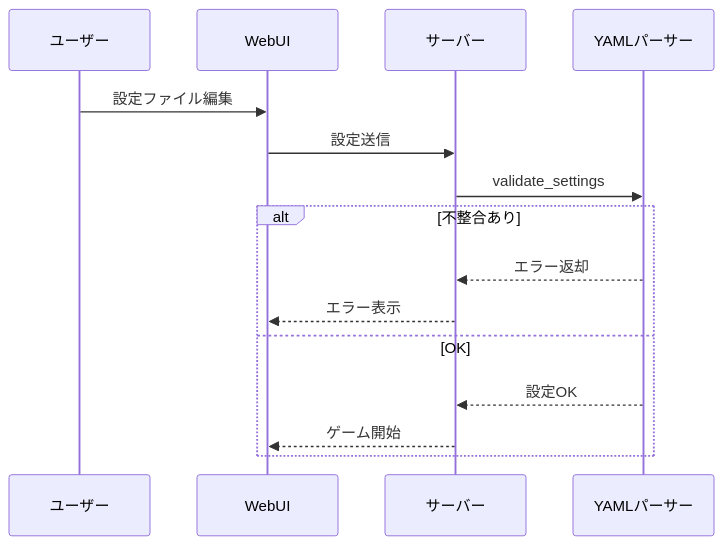
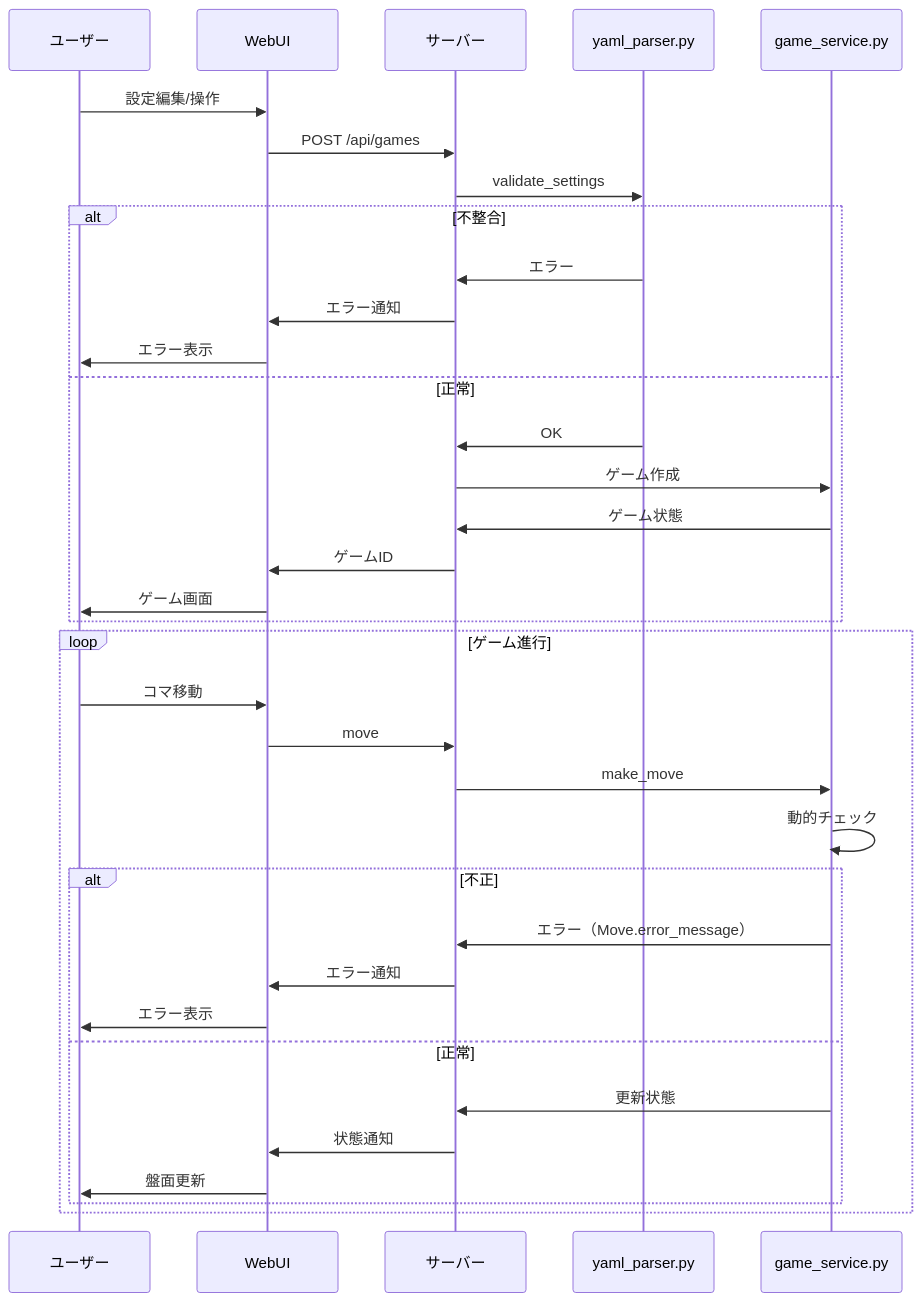
One commit to ikokeba/FelxiBoard changed the second of 3 diagrams in specifications/03_algorithm.md. Above: the diagram before and after it, drawn with Mermaid. The commit also changed other lines of this file and 4 other files, not shown here.

````diff
--- a/specifications/03_algorithm.md
+++ b/specifications/03_algorithm.md
@@ -11,17 +152,38 @@
 ```mermaid
 sequenceDiagram
-    participant U as ユーザー
-    participant W as WebUI
-    participant S as サーバー
-    participant P as YAMLパーサー
-    U->>W: 設定ファイル編集
-    W->>S: 設定送信
-    S->>P: validate_settings
-    alt 不整合あり
-        P-->>S: エラー返却
-        S-->>W: エラー表示
-    else OK
-        P-->>S: 設定OK
-        S-->>W: ゲーム開始
+  participant U as ユーザー
+  participant W as WebUI
+  participant S as サーバー
+  participant P as yaml_parser.py
+  participant G as game_service.py
+
+  U->>W: 設定編集/操作
+  W->>S: POST /api/games
+  S->>P: validate_settings
+  alt 不整合
+    P->>S: エラー
+    S->>W: エラー通知
+    W->>U: エラー表示
+  else 正常
+    P->>S: OK
+    S->>G: ゲーム作成
+    G->>S: ゲーム状態
+    S->>W: ゲームID
+    W->>U: ゲーム画面
+  end
+  loop ゲーム進行
+    U->>W: コマ移動
+    W->>S: move
+    S->>G: make_move
+    G->>G: 動的チェック
+    alt 不正
+      G->>S: エラー（Move.error_message）
+      S->>W: エラー通知
+      W->>U: エラー表示
+    else 正常
+      G->>S: 更新状態
+      S->>W: 状態通知
+      W->>U: 盤面更新
     end
+  end
 ```
````
